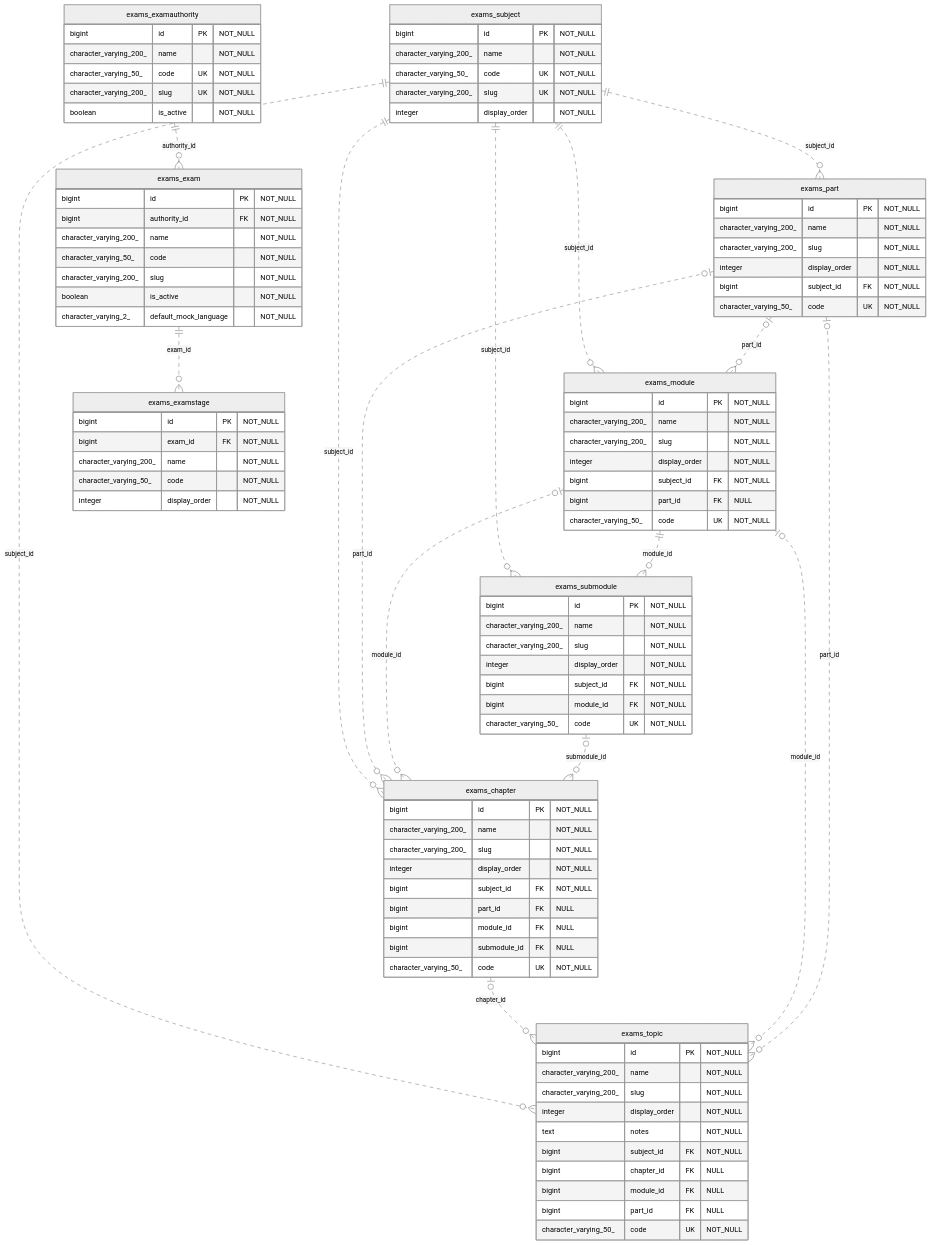
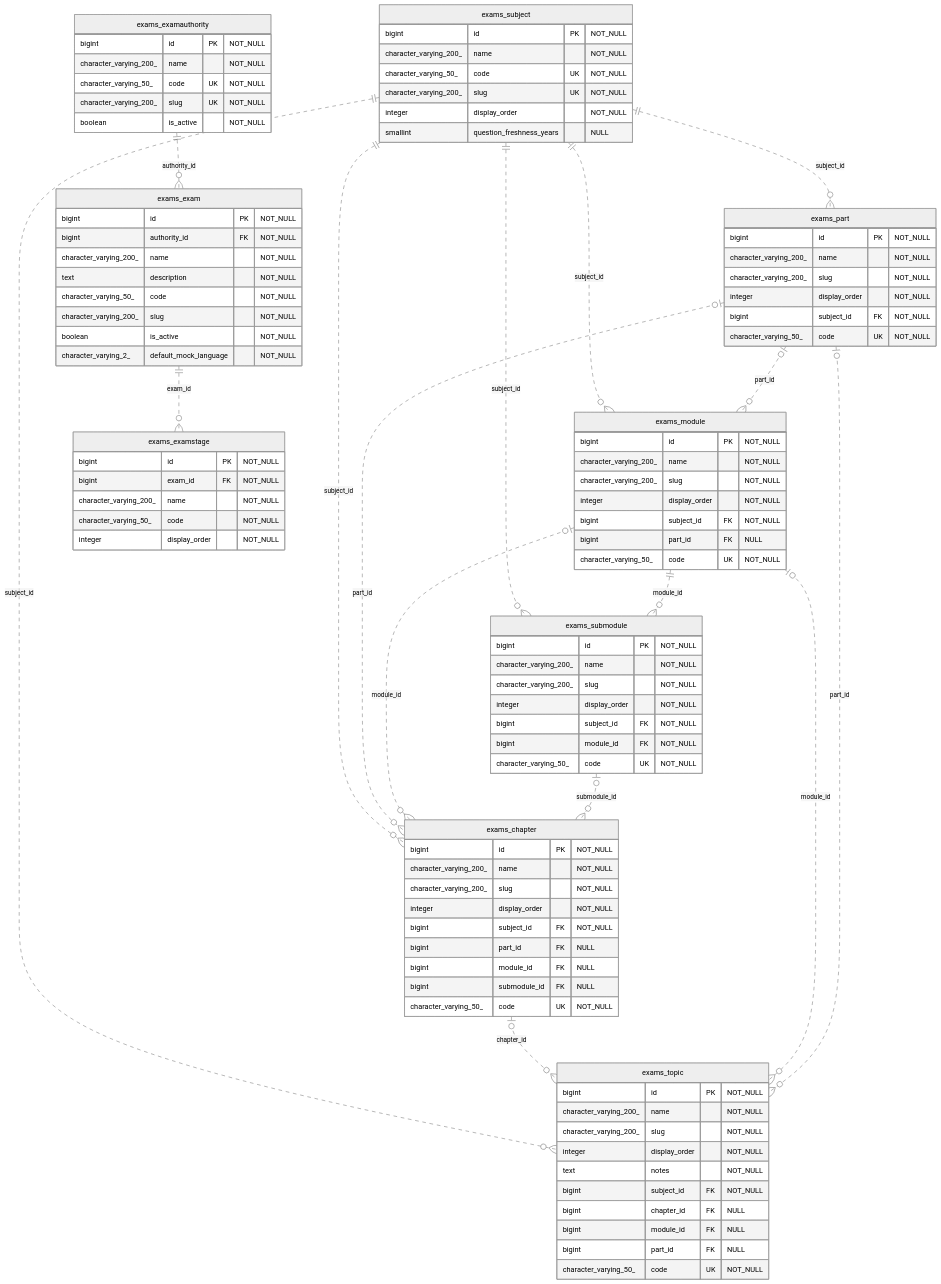
The diagram in docs/erd/questions-taxonomy.mmd (EZOPINC/mock), drawn with Mermaid (neutral theme) before and after one commit. The commit also changed 27 other files, not shown here.

```diff
--- a/docs/erd/questions-taxonomy.mmd
+++ b/docs/erd/questions-taxonomy.mmd
@@ -1,95 +1,97 @@
 erDiagram
     exams_subject {
         bigint id PK "NOT_NULL"
         character_varying_200_ name "NOT_NULL"
         character_varying_50_ code UK "NOT_NULL"
         character_varying_200_ slug UK "NOT_NULL"
         integer display_order "NOT_NULL"
+        smallint question_freshness_years "NULL"
     }
     exams_part {
         bigint id PK "NOT_NULL"
         character_varying_200_ name "NOT_NULL"
         character_varying_200_ slug "NOT_NULL"
         integer display_order "NOT_NULL"
         bigint subject_id FK "NOT_NULL"
         character_varying_50_ code UK "NOT_NULL"
     }
     exams_module {
         bigint id PK "NOT_NULL"
         character_varying_200_ name "NOT_NULL"
         character_varying_200_ slug "NOT_NULL"
         integer display_order "NOT_NULL"
         bigint subject_id FK "NOT_NULL"
         bigint part_id FK "NULL"
         character_varying_50_ code UK "NOT_NULL"
     }
     exams_submodule {
         bigint id PK "NOT_NULL"
         character_varying_200_ name "NOT_NULL"
         character_varying_200_ slug "NOT_NULL"
         integer display_order "NOT_NULL"
         bigint subject_id FK "NOT_NULL"
         bigint module_id FK "NOT_NULL"
         character_varying_50_ code UK "NOT_NULL"
     }
     exams_chapter {
         bigint id PK "NOT_NULL"
         character_varying_200_ name "NOT_NULL"
         character_varying_200_ slug "NOT_NULL"
         integer display_order "NOT_NULL"
         bigint subject_id FK "NOT_NULL"
         bigint part_id FK "NULL"
         bigint module_id FK "NULL"
         bigint submodule_id FK "NULL"
         character_varying_50_ code UK "NOT_NULL"
     }
     exams_topic {
         bigint id PK "NOT_NULL"
         character_varying_200_ name "NOT_NULL"
         character_varying_200_ slug "NOT_NULL"
         integer display_order "NOT_NULL"
         text notes "NOT_NULL"
         bigint subject_id FK "NOT_NULL"
         bigint chapter_id FK "NULL"
         bigint module_id FK "NULL"
         bigint part_id FK "NULL"
         character_varying_50_ code UK "NOT_NULL"
     }
     exams_examauthority {
         bigint id PK "NOT_NULL"
         character_varying_200_ name "NOT_NULL"
         character_varying_50_ code UK "NOT_NULL"
         character_varying_200_ slug UK "NOT_NULL"
         boolean is_active "NOT_NULL"
     }
     exams_exam {
         bigint id PK "NOT_NULL"
         bigint authority_id FK "NOT_NULL"
         character_varying_200_ name "NOT_NULL"
+        text description "NOT_NULL"
         character_varying_50_ code "NOT_NULL"
         character_varying_200_ slug "NOT_NULL"
         boolean is_active "NOT_NULL"
         character_varying_2_ default_mock_language "NOT_NULL"
     }
     exams_examstage {
         bigint id PK "NOT_NULL"
         bigint exam_id FK "NOT_NULL"
         character_varying_200_ name "NOT_NULL"
         character_varying_50_ code "NOT_NULL"
         integer display_order "NOT_NULL"
     }
     exams_subject ||..o{ exams_part : "subject_id"
     exams_subject ||..o{ exams_module : "subject_id"
     exams_part o|..o{ exams_module : "part_id"
     exams_subject ||..o{ exams_submodule : "subject_id"
     exams_module ||..o{ exams_submodule : "module_id"
     exams_subject ||..o{ exams_chapter : "subject_id"
     exams_part o|..o{ exams_chapter : "part_id"
     exams_module o|..o{ exams_chapter : "module_id"
     exams_submodule o|..o{ exams_chapter : "submodule_id"
     exams_subject ||..o{ exams_topic : "subject_id"
     exams_chapter o|..o{ exams_topic : "chapter_id"
     exams_module o|..o{ exams_topic : "module_id"
     exams_part o|..o{ exams_topic : "part_id"
     exams_examauthority ||..o{ exams_exam : "authority_id"
     exams_exam ||..o{ exams_examstage : "exam_id"
```
